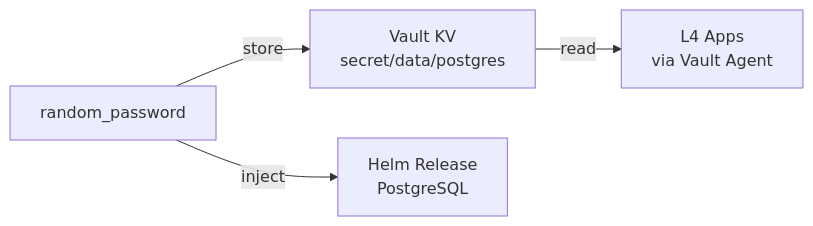
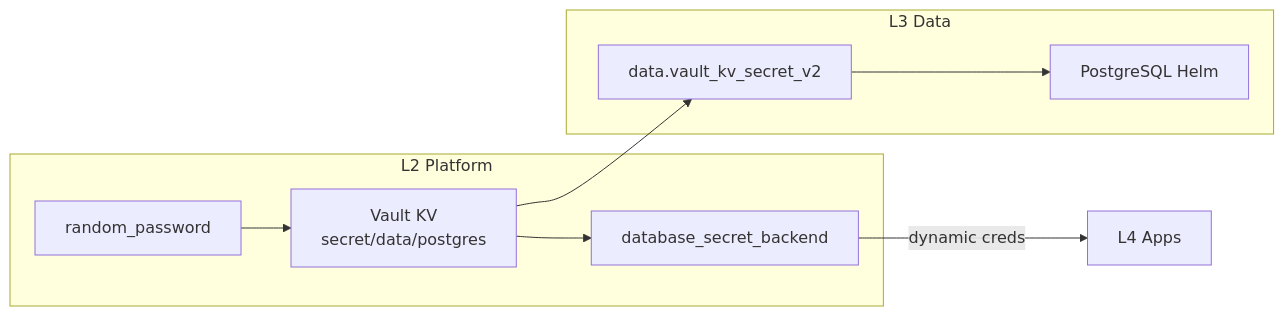
One commit to wangzitian0/infra changed the diagram in 3.data/README.md. Above: the diagram before and after it, drawn with Mermaid. The commit also changed other lines of this file and 7 other files, not shown here.

First line of the commit message:
feat: L3 PostgreSQL + Vault Database Engine (fully reproducible)

````diff
--- a/3.data/README.md
+++ b/3.data/README.md
@@ -18,6 +18,12 @@
 ```mermaid
 graph LR
-    TF[random_password] -->|store| VAULT[Vault KV<br/>secret/data/postgres]
-    TF -->|inject| HELM[Helm Release<br/>PostgreSQL]
-    VAULT -->|read| APP[L4 Apps<br/>via Vault Agent]
+    subgraph "L2 Platform"
+        RND[random_password] --> KV[Vault KV<br/>secret/data/postgres]
+        KV --> DB_CFG[database_secret_backend]
+    end
+    subgraph "L3 Data"
+        DATA[data.vault_kv_secret_v2] --> HELM[PostgreSQL Helm]
+    end
+    KV --> DATA
+    DB_CFG --> |dynamic creds| L4[L4 Apps]
 ```
````
